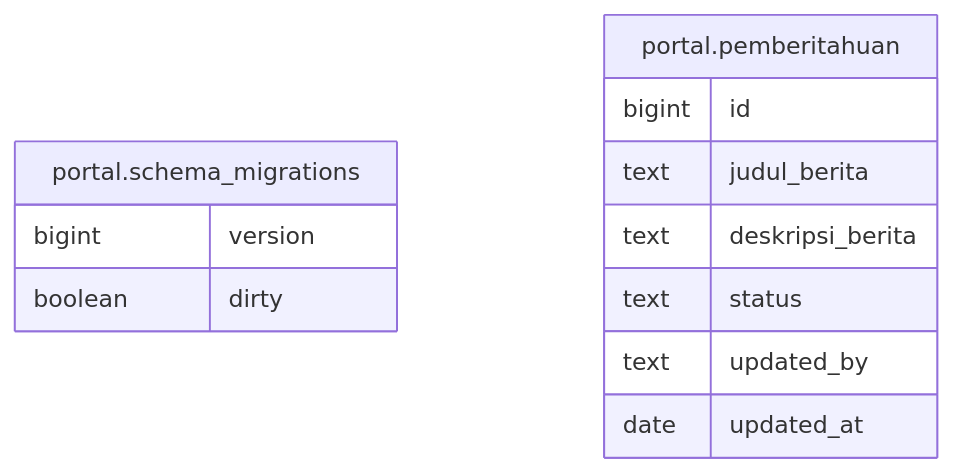
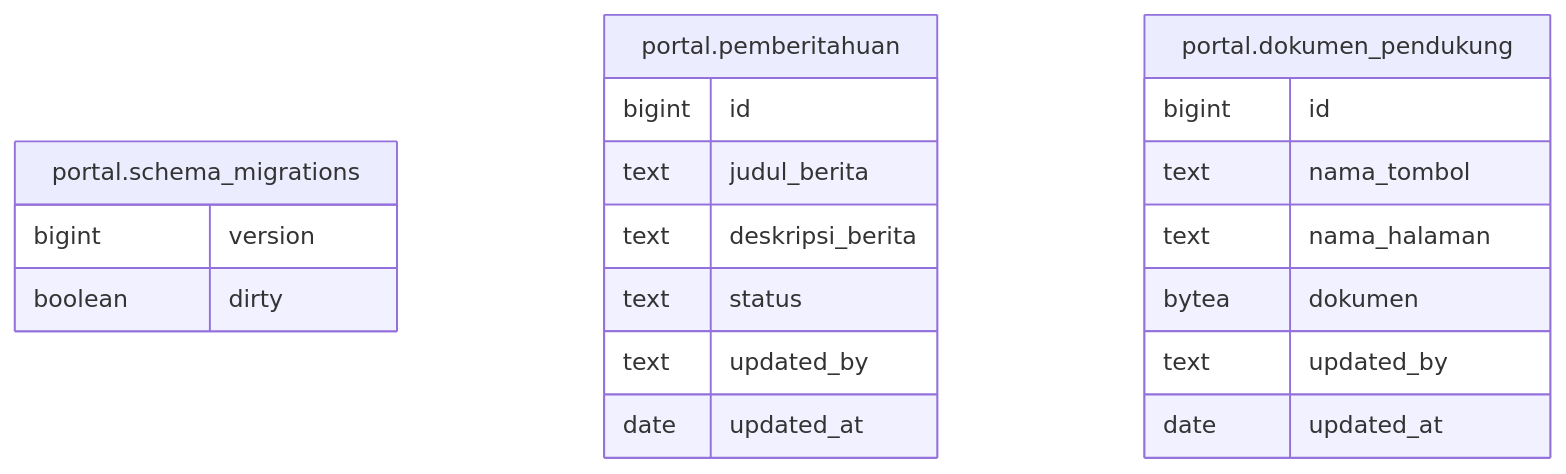
Before and after one commit to nandanugg/triforce.nvim: the diagram in services/portal/docs/db/README.md, drawn with Mermaid. The commit also changed other lines of this file and 11 other files, not shown here.

Commit message:
[NEXUS-49] portal: prototype api list dokumen pendukung

````diff
--- a/services/portal/docs/db/README.md
+++ b/services/portal/docs/db/README.md
@@ -12,17 +13,25 @@
 ```mermaid
 erDiagram
 
 
 "portal.schema_migrations" {
   bigint version
   boolean dirty
 }
 "portal.pemberitahuan" {
   bigint id
   text judul_berita
   text deskripsi_berita
   text status
   text updated_by
   date updated_at
 }
+"portal.dokumen_pendukung" {
+  bigint id
+  text nama_tombol
+  text nama_halaman
+  bytea dokumen
+  text updated_by
+  date updated_at
+}
 ```
````
